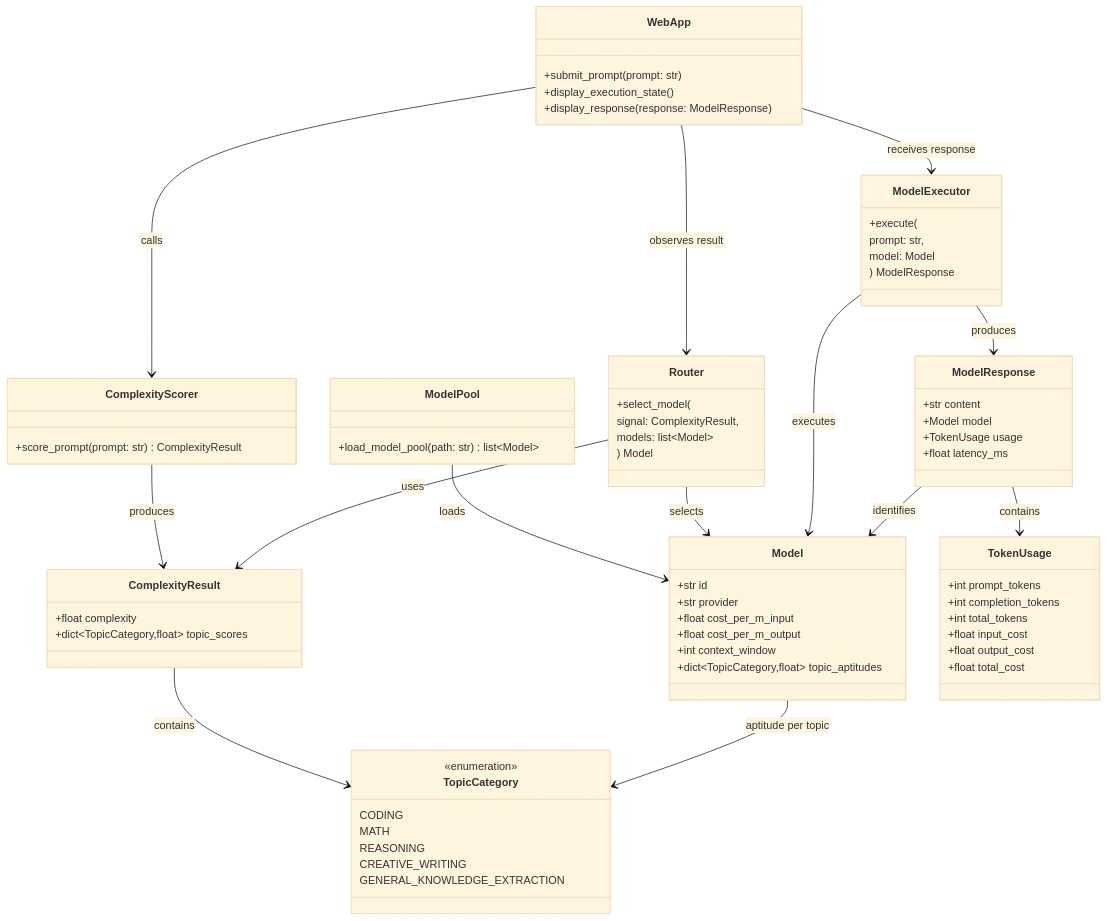
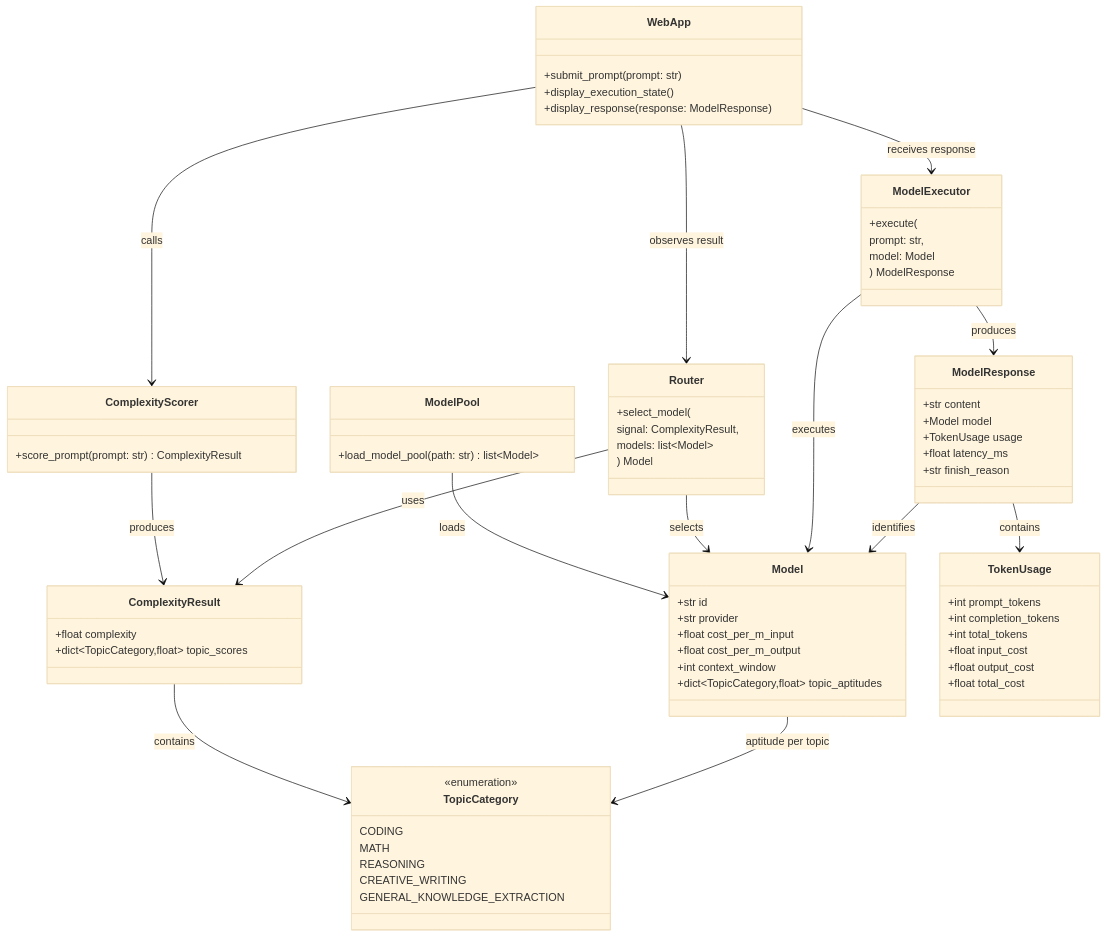
Before and after one commit to emrailklmin/Lonn: the second of 5 diagrams in docs/Prototype_architecture.md, drawn with Mermaid (base theme). The commit also changed other lines of this file and 5 other files, not shown here.

```diff
--- a/docs/Prototype_architecture.md
+++ b/docs/Prototype_architecture.md
@@ -198,6 +198,7 @@
         +Model model
         +TokenUsage usage
         +float latency_ms
+        +str finish_reason
     }
 
 
```
